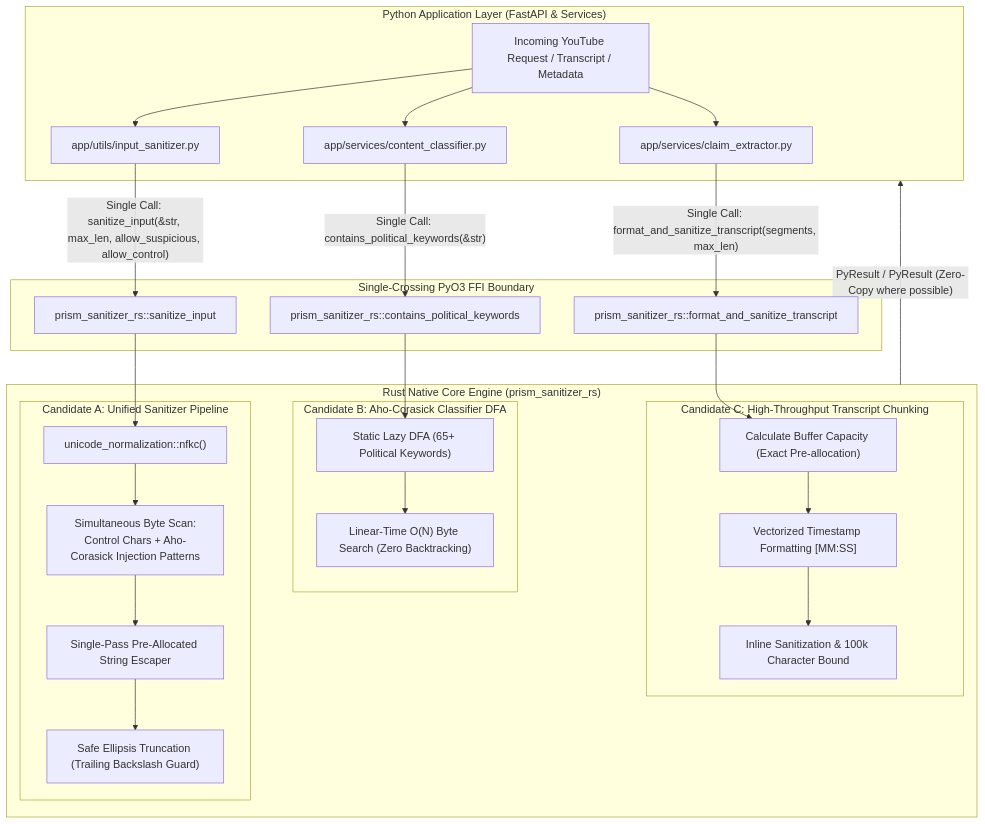
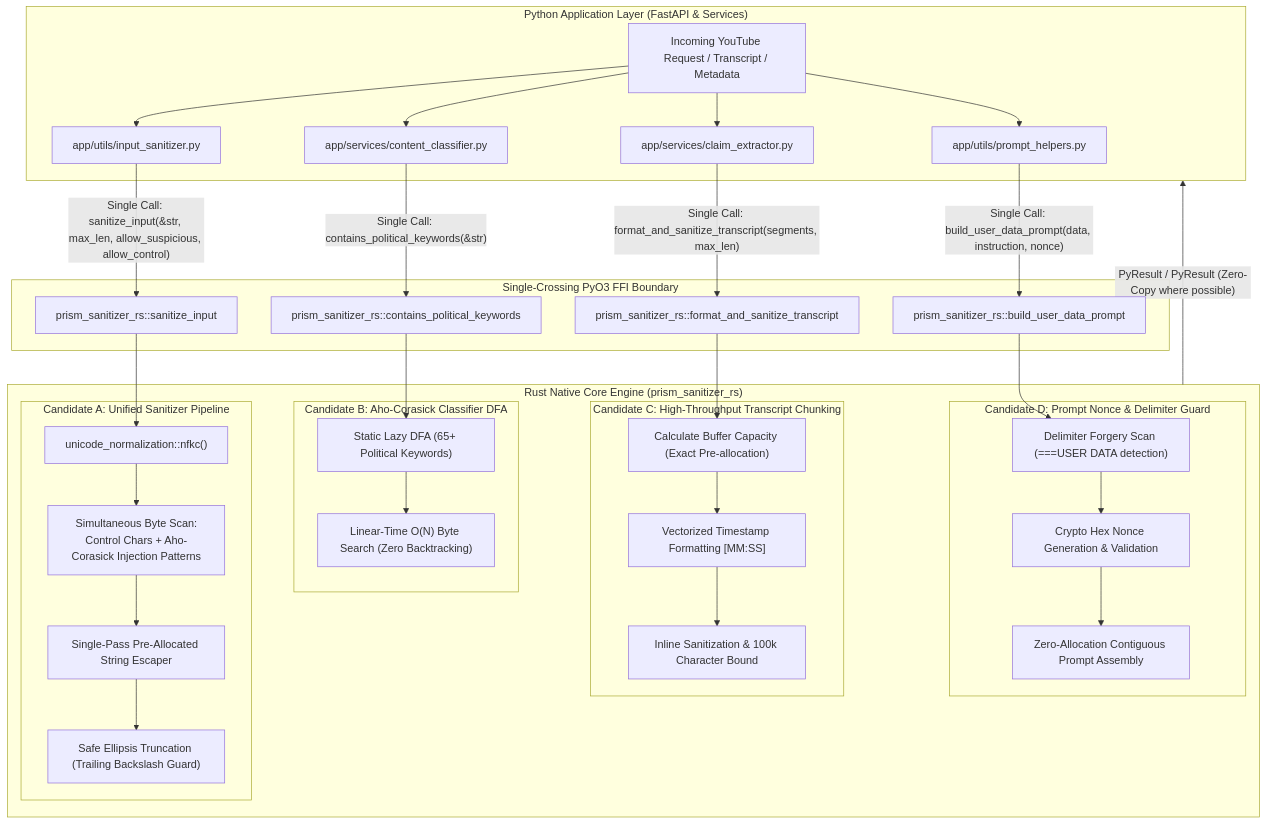
One commit to JAaron93/PerspectivePrism changed the diagram in docs/rust-core-engine-spec/design.md. Above: the diagram before and after it, drawn with Mermaid. The commit also changed other lines of this file and 2 other files, not shown here.

Commit message:
docs: add Candidate D (Prompt Nonce & Delimiter Guard) to Rust core engine spec

````diff
--- a/docs/rust-core-engine-spec/design.md
+++ b/docs/rust-core-engine-spec/design.md
@@ -24,36 +25,44 @@
 ```mermaid
 flowchart TD
     subgraph PythonLayer ["Python Application Layer (FastAPI & Services)"]
         A["Incoming YouTube Request / Transcript / Metadata"] --> B["app/utils/input_sanitizer.py"]
         A --> C["app/services/content_classifier.py"]
         A --> D["app/services/claim_extractor.py"]
+        A --> H["app/utils/prompt_helpers.py"]
     end
 
     subgraph FFIBoundary ["Single-Crossing PyO3 FFI Boundary"]
         B -- "Single Call: sanitize_input(&str, max_len, allow_suspicious, allow_control)" --> E["prism_sanitizer_rs::sanitize_input"]
         C -- "Single Call: contains_political_keywords(&str)" --> F["prism_sanitizer_rs::contains_political_keywords"]
         D -- "Single Call: format_and_sanitize_transcript(segments, max_len)" --> G["prism_sanitizer_rs::format_and_sanitize_transcript"]
+        H -- "Single Call: build_user_data_prompt(data, instruction, nonce)" --> I["prism_sanitizer_rs::build_user_data_prompt"]
     end
 
     subgraph RustEngine ["Rust Native Core Engine (prism_sanitizer_rs)"]
         subgraph CandidateA ["Candidate A: Unified Sanitizer Pipeline"]
             E --> A1["unicode_normalization::nfkc()"]
             A1 --> A2["Simultaneous Byte Scan:\nControl Chars + Aho-Corasick Injection Patterns"]
             A2 --> A3["Single-Pass Pre-Allocated String Escaper"]
             A3 --> A4["Safe Ellipsis Truncation (Trailing Backslash Guard)"]
         end
 
         subgraph CandidateB ["Candidate B: Aho-Corasick Classifier DFA"]
             F --> B1["Static Lazy<AhoCorasick> DFA (65+ Political Keywords)"]
             B1 --> B2["Linear-Time O(N) Byte Search (Zero Backtracking)"]
         end
 
         subgraph CandidateC ["Candidate C: High-Throughput Transcript Chunking"]
             G --> C1["Calculate Buffer Capacity (Exact Pre-allocation)"]
             C1 --> C2["Vectorized Timestamp Formatting [MM:SS]"]
             C2 --> C3["Inline Sanitization & 100k Character Bound"]
         end
+
+        subgraph CandidateD ["Candidate D: Prompt Nonce & Delimiter Guard"]
+            I --> D1["Delimiter Forgery Scan (===USER DATA detection)"]
+            D1 --> D2["Crypto Hex Nonce Generation & Validation"]
+            D2 --> D3["Zero-Allocation Contiguous Prompt Assembly"]
+        end
     end
 
     RustEngine -- "PyResult<String> / PyResult<bool> (Zero-Copy where possible)" --> PythonLayer
 ```
````
